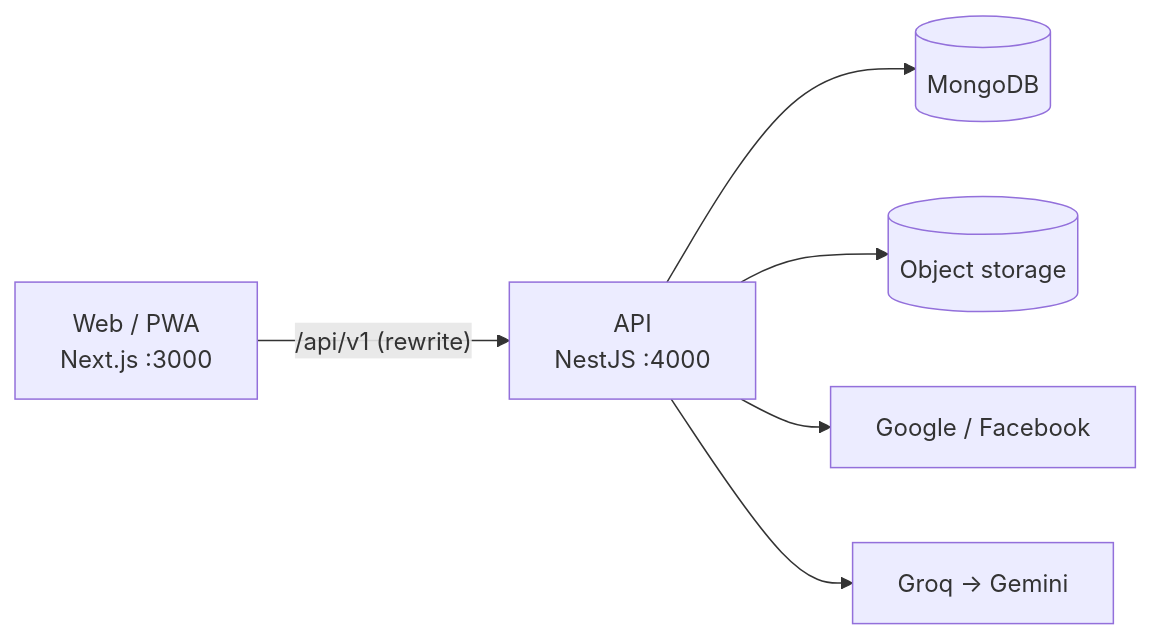
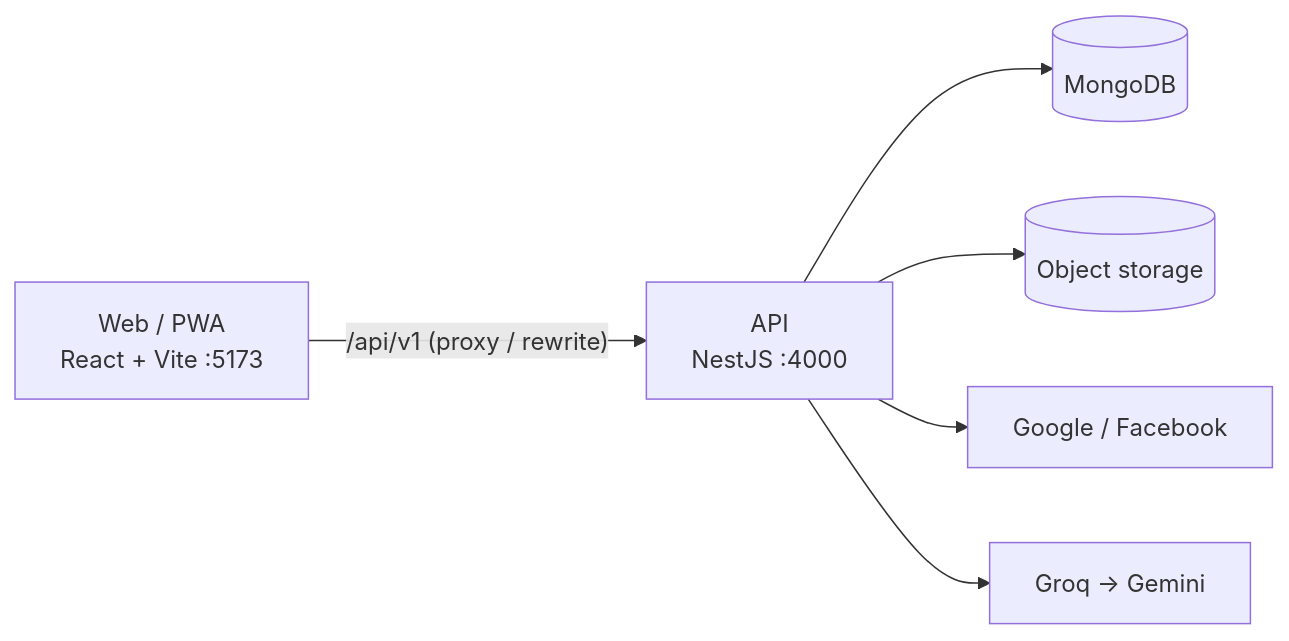
Before and after one commit to DucDMinh/PalmSight: the diagram in README.md, drawn with Mermaid. The commit also changed other lines of this file and 144 other files, not shown here.

````diff
--- a/README.md
+++ b/README.md
@@ -33,8 +33,8 @@
 ```mermaid
 flowchart LR
-    web["Web / PWA<br/>Next.js :3000"] -->|"/api/v1 (rewrite)"| api["API<br/>NestJS :4000"]
+    web["Web / PWA<br/>React + Vite :5173"] -->|"/api/v1 (proxy / rewrite)"| api["API<br/>NestJS :4000"]
     api --> mongo[(MongoDB)]
     api --> s3[(Object storage)]
     api --> oauth["Google / Facebook"]
     api --> ai["Groq → Gemini"]
 ```
````
